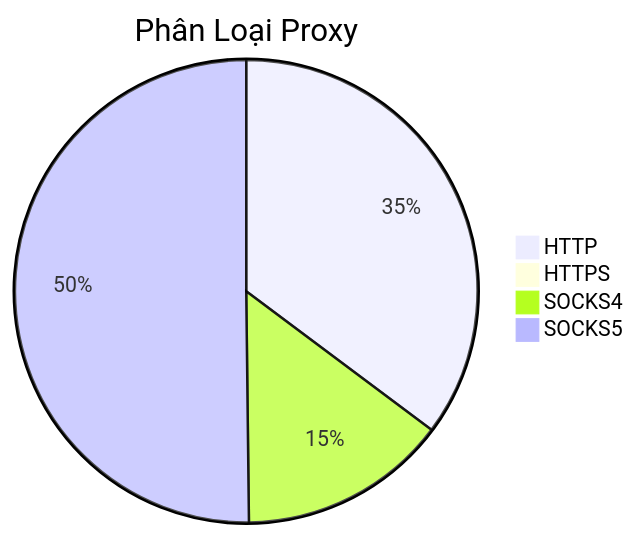
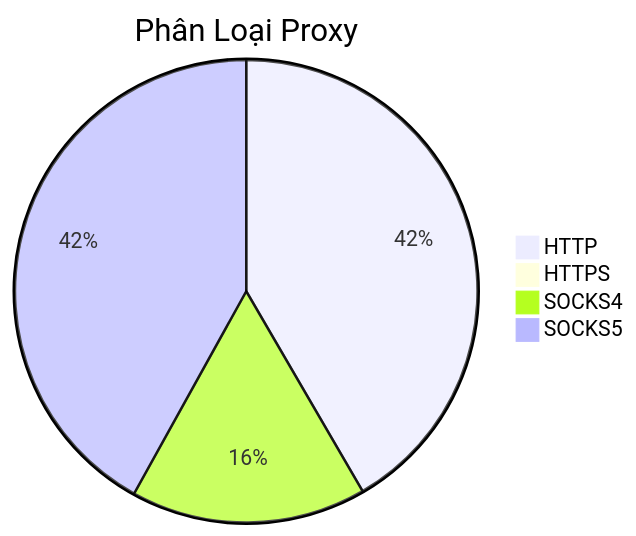
Before and after one commit to Ciara-Aa/PROXY-free: the diagram in README.md, drawn with Mermaid. The commit also changed other lines of this file and 4 other files, not shown here.

````diff
--- a/README.md
+++ b/README.md
@@ -26,7 +26,7 @@
 ```mermaid
 pie title Phân Loại Proxy
-    "HTTP" : 473
-    "HTTPS" : 5
-    "SOCKS4" : 196
-    "SOCKS5" : 674
+    "HTTP" : 501
+    "HTTPS" : 2
+    "SOCKS4" : 198
+    "SOCKS5" : 505
 ```
````
